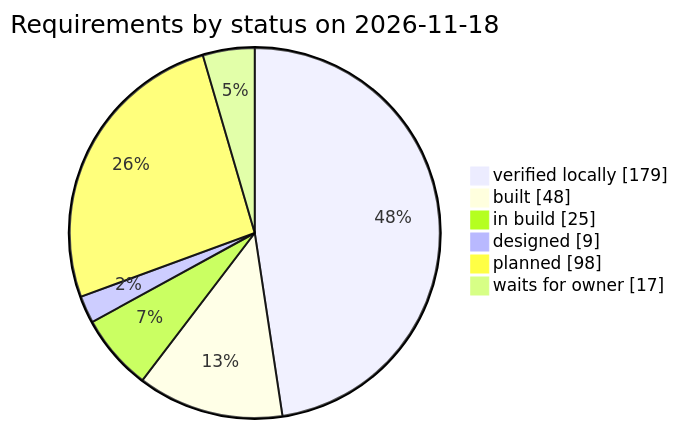
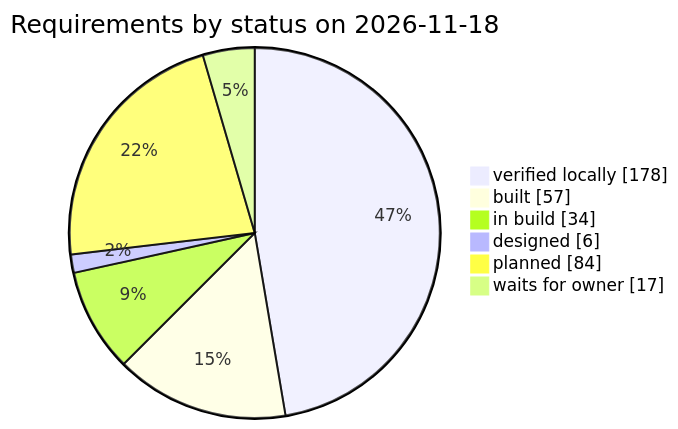
One commit to qa-io-vn/fnb-manager changed the third of 3 diagrams in docs/requirements.md. Above: the diagram before and after it, drawn with Mermaid. The commit also changed other lines of this file and 23 other files, not shown here.

````diff
--- a/docs/requirements.md
+++ b/docs/requirements.md
@@ -983,10 +989,10 @@
 ```mermaid
 pie showData
     title Requirements by status on 2026-11-18
-    "verified locally" : 179
-    "built" : 48
-    "in build" : 25
-    "designed" : 9
-    "planned" : 98
+    "verified locally" : 178
+    "built" : 57
+    "in build" : 34
+    "designed" : 6
+    "planned" : 84
     "waits for owner" : 17
 ```
````
